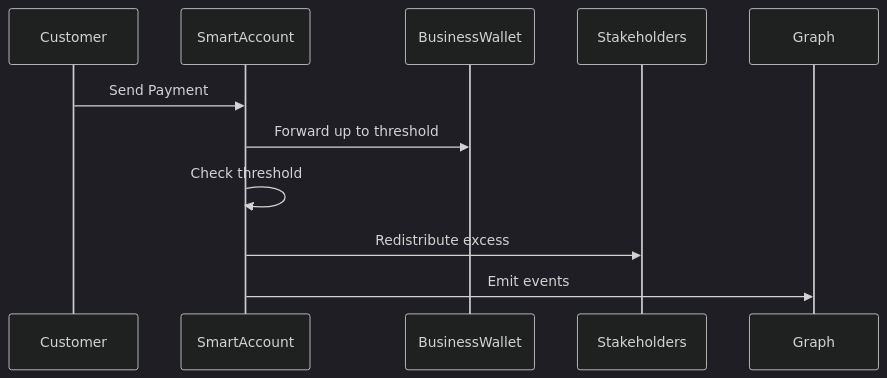
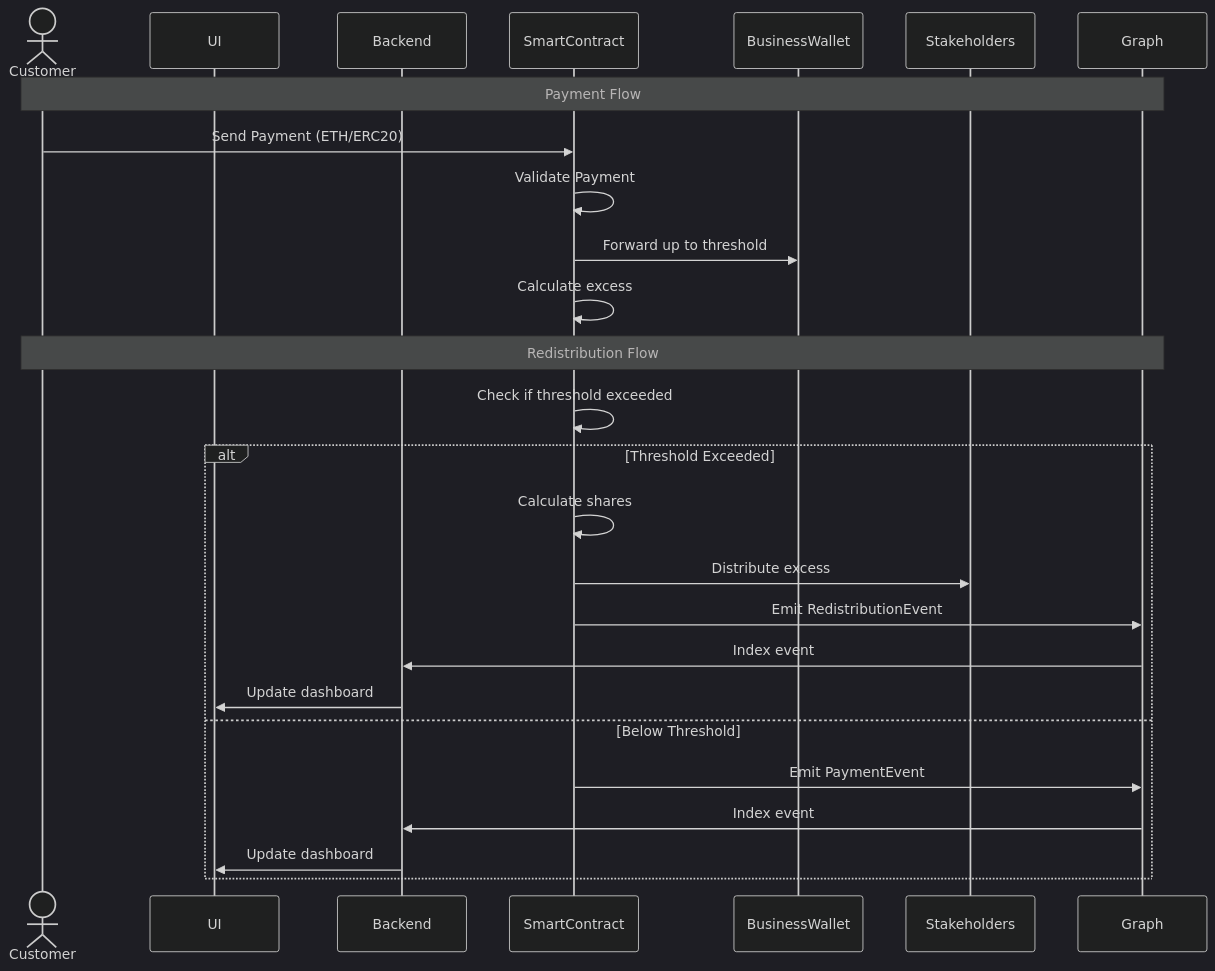
One commit to syntrofi/capz changed the second of 2 diagrams in documentation/architecture.md. Above: the diagram before and after it, drawn with Mermaid (dark theme). The commit also changed other lines of this file, not shown here.

````diff
--- a/documentation/architecture.md
+++ b/documentation/architecture.md
@@ -89,13 +108,30 @@
 ```mermaid
 sequenceDiagram
-    participant Customer
-    participant SmartAccount
+    actor Customer
+    participant UI
+    participant Backend
+    participant SmartContract
     participant BusinessWallet
     participant Stakeholders
+    participant Graph
     
-    Customer->>SmartAccount: Send Payment
-    SmartAccount->>BusinessWallet: Forward up to threshold
-    SmartAccount->>SmartAccount: Check threshold
-    SmartAccount->>Stakeholders: Redistribute excess
-    SmartAccount->>Graph: Emit events
+    Note over Customer,Graph: Payment Flow
+    Customer->>SmartContract: Send Payment (ETH/ERC20)
+    SmartContract->>SmartContract: Validate Payment
+    SmartContract->>BusinessWallet: Forward up to threshold
+    SmartContract->>SmartContract: Calculate excess
+    
+    Note over Customer,Graph: Redistribution Flow
+    SmartContract->>SmartContract: Check if threshold exceeded
+    alt Threshold Exceeded
+        SmartContract->>SmartContract: Calculate shares
+        SmartContract->>Stakeholders: Distribute excess
+        SmartContract->>Graph: Emit RedistributionEvent
+        Graph->>Backend: Index event
+        Backend->>UI: Update dashboard
+    else Below Threshold
+        SmartContract->>Graph: Emit PaymentEvent
+        Graph->>Backend: Index event
+        Backend->>UI: Update dashboard
+    end
 ```
````
